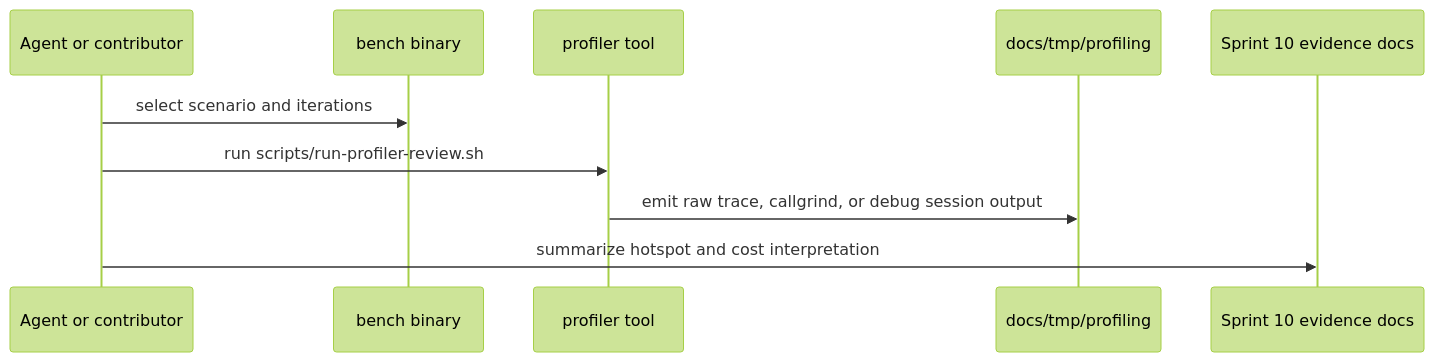
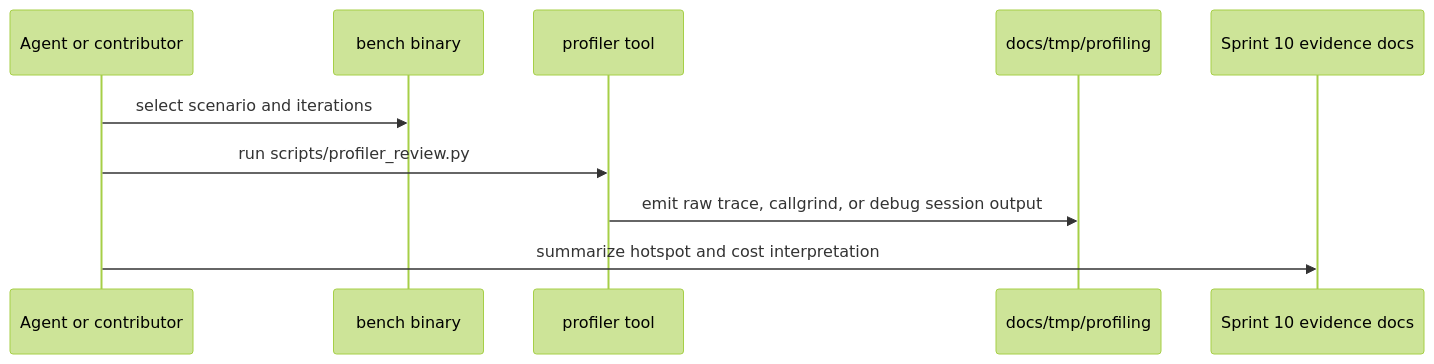
One commit to ioplane/iojournal changed the diagram in docs/testing/PROFILER_WORKFLOW.md. Above: the diagram before and after it, drawn with Mermaid (forest theme). The commit also changed other lines of this file and 7 other files, not shown here.

Commit message:
refactor: replace profiler review shell workflow with Python

````diff
--- a/docs/testing/PROFILER_WORKFLOW.md
+++ b/docs/testing/PROFILER_WORKFLOW.md
@@ -16,13 +16,13 @@
 ```mermaid
 sequenceDiagram
     participant Dev as Agent or contributor
     participant Bench as bench binary
     participant Tool as profiler tool
     participant Artifacts as docs/tmp/profiling
     participant Docs as Sprint 10 evidence docs
 
     Dev->>Bench: select scenario and iterations
-    Dev->>Tool: run scripts/run-profiler-review.sh
+    Dev->>Tool: run scripts/profiler_review.py
     Tool->>Artifacts: emit raw trace, callgrind, or debug session output
     Dev->>Docs: summarize hotspot and cost interpretation
 ```
````
